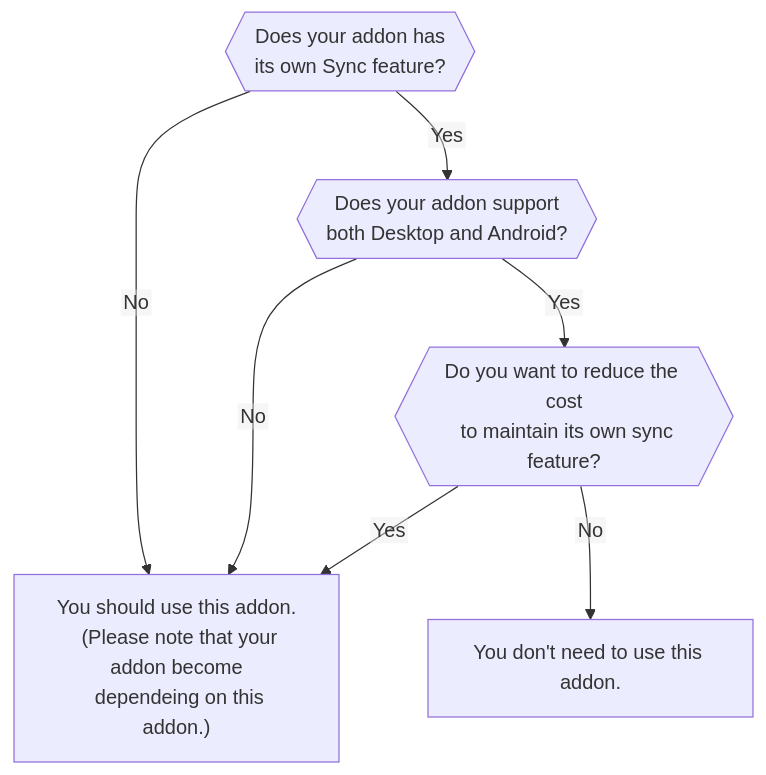
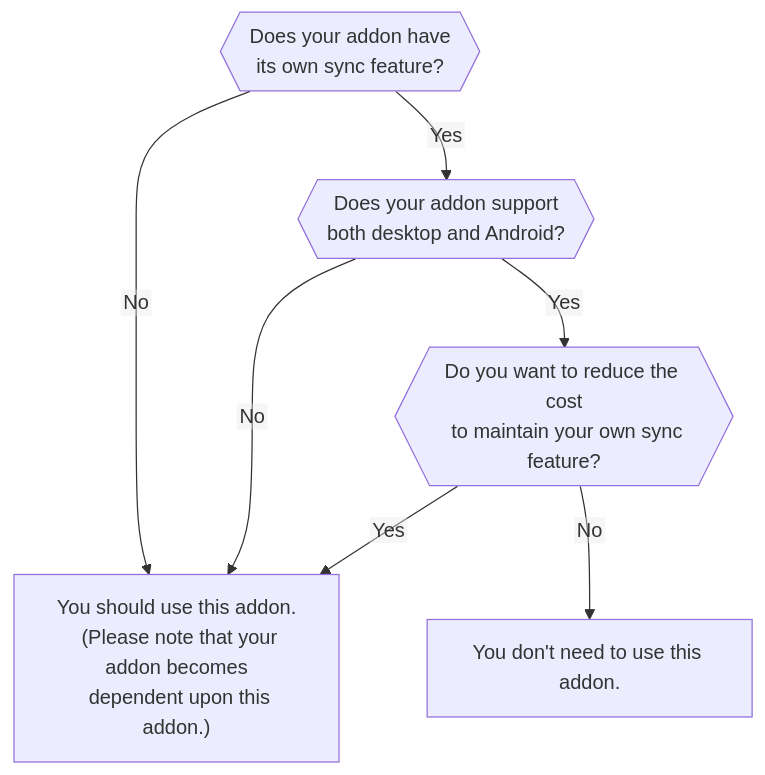
The diagram in README.md (piroor/send-tabs-to-device-simulator), drawn with Mermaid before and after one commit. The commit also changed other lines of this file, not shown here.

````diff
--- a/README.md
+++ b/README.md
@@ -18,27 +18,27 @@
 ```mermaid
 %%{init: {"flowchart": {"htmlLabels": false}} }%%
 flowchart TD;
-  HasOwnSync{{"Does your addon has
-  its own Sync feature?"}}
+  HasOwnSync{{"Does your addon have
+  its own sync feature?"}}
 
   BothSupport{{"Does your addon support
-  both Desktop and Android?"}}
+  both desktop and Android?"}}
 
   ReduceCost{{"Do you want to reduce the cost
-  to maintain its own sync feature?"}}
+  to maintain your own sync feature?"}}
 
   Need["You should use this addon.
-  (Please note that your addon become
-  dependeing on this addon.)"]
+  (Please note that your addon becomes
+  dependent upon this addon.)"]
 
   NoNeed["You don't need to use this addon."]
 
   HasOwnSync-->|Yes|BothSupport
   HasOwnSync-->|No|Need
 
   BothSupport-->|Yes|ReduceCost
   BothSupport-->|No|Need
 
   ReduceCost-->|Yes|Need
   ReduceCost-->|No|NoNeed
 ```
````
